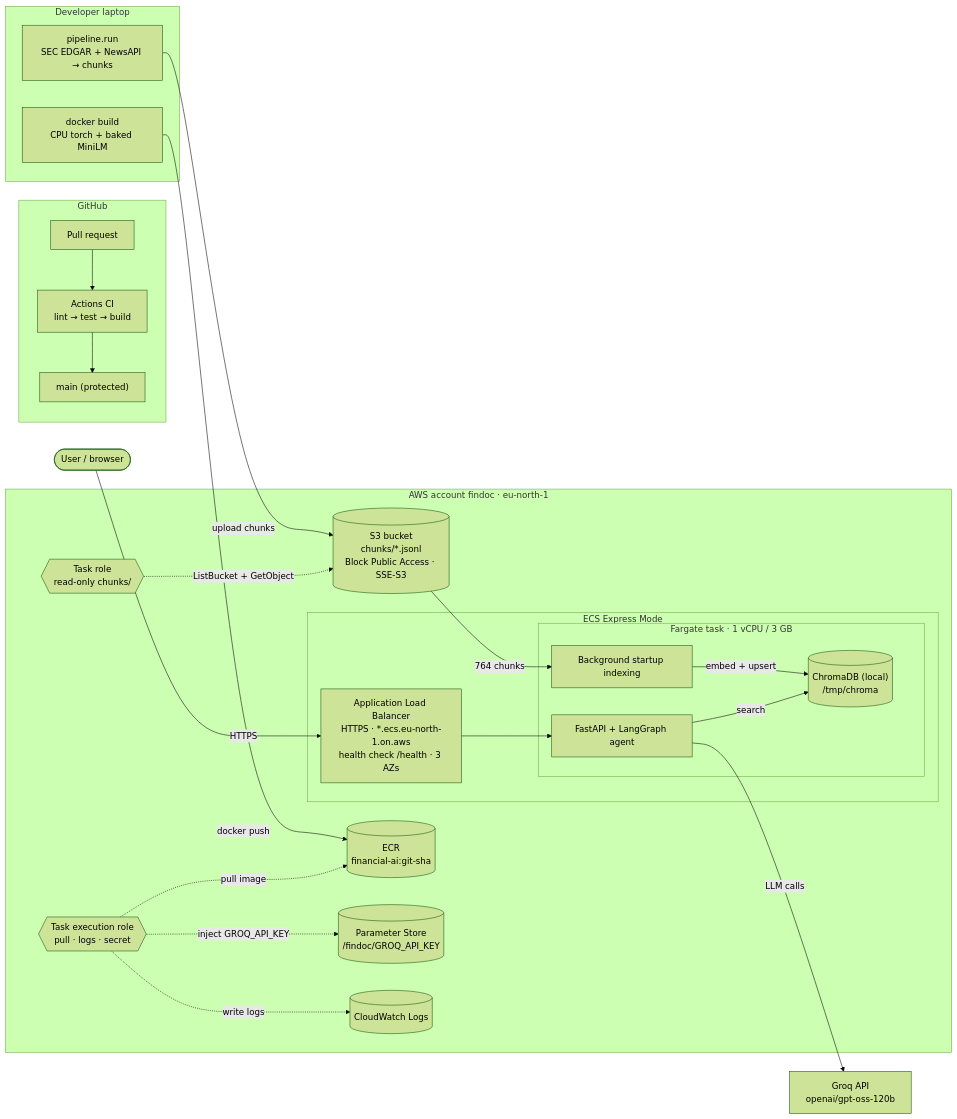
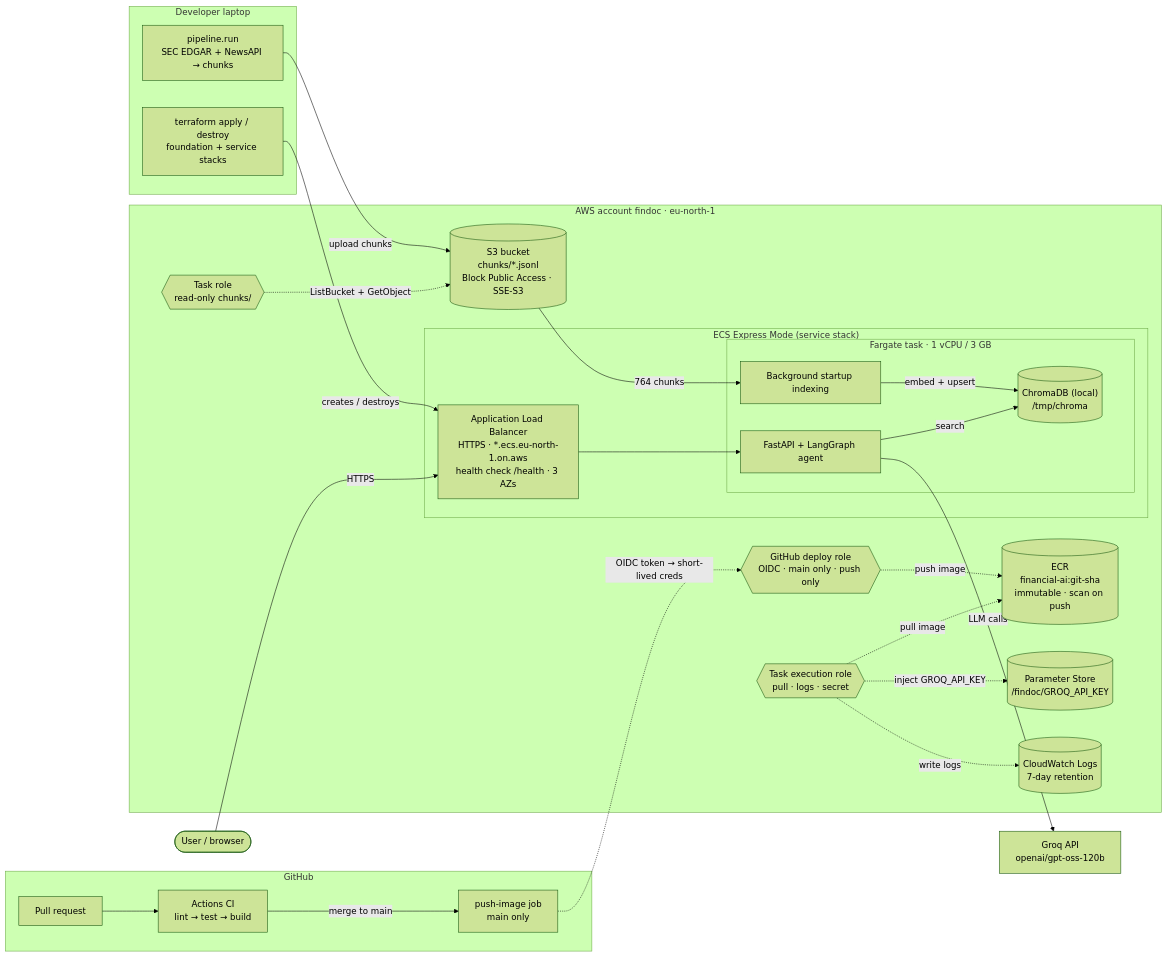
The first of 5 diagrams in README.md (arbaz-shaik/financial-doc-intelligence), drawn with Mermaid (forest theme) before and after one commit. The commit also changed other lines of this file and 2 other files, not shown here.

Commit message:
block 5.8: CD - OIDC image push to ECR on merge; Phase 5 README

````diff
--- a/README.md
+++ b/README.md
@@ -34,48 +36,51 @@
 ```mermaid
 flowchart LR
     user(["User / browser"])
     groq["Groq API<br/>openai/gpt-oss-120b"]
 
     subgraph dev["Developer laptop"]
         pipeline["pipeline.run<br/>SEC EDGAR + NewsAPI → chunks"]
-        docker["docker build<br/>CPU torch + baked MiniLM"]
+        tf["terraform apply / destroy<br/>foundation + service stacks"]
     end
 
     subgraph gh["GitHub"]
         pr["Pull request"]
         ci["Actions CI<br/>lint → test → build"]
-        main["main (protected)"]
+        push["push-image job<br/>main only"]
     end
 
     subgraph aws["AWS account findoc · eu-north-1"]
         s3[("S3 bucket<br/>chunks/*.jsonl<br/>Block Public Access · SSE-S3")]
-        ecr[("ECR<br/>financial-ai:git-sha")]
+        ecr[("ECR<br/>financial-ai:git-sha<br/>immutable · scan on push")]
         ssm[("Parameter Store<br/>/findoc/GROQ_API_KEY")]
-        logs[("CloudWatch Logs")]
+        logs[("CloudWatch Logs<br/>7-day retention")]
+        ghrole{{"GitHub deploy role<br/>OIDC · main only · push only"}}
         execrole{{"Task execution role<br/>pull · logs · secret"}}
         taskrole{{"Task role<br/>read-only chunks/"}}
 
-        subgraph ecs["ECS Express Mode"]
+        subgraph ecs["ECS Express Mode (service stack)"]
             alb["Application Load Balancer<br/>HTTPS · *.ecs.eu-north-1.on.aws<br/>health check /health · 3 AZs"]
             subgraph task["Fargate task · 1 vCPU / 3 GB"]
                 api["FastAPI + LangGraph agent"]
                 idx["Background startup indexing"]
                 chroma[("ChromaDB (local)<br/>/tmp/chroma")]
             end
         end
     end
 
     pipeline -->|"upload chunks"| s3
-    docker -->|"docker push"| ecr
-    pr --> ci --> main
+    pr --> ci -->|"merge to main"| push
+    push -.->|"OIDC token → short-lived creds"| ghrole
+    ghrole -.->|"push image"| ecr
+    tf -->|"creates / destroys"| alb
 
     user -->|"HTTPS"| alb --> api
     execrole -.->|"pull image"| ecr
     execrole -.->|"inject GROQ_API_KEY"| ssm
     execrole -.->|"write logs"| logs
     taskrole -.->|"ListBucket + GetObject"| s3
     s3 -->|"764 chunks"| idx
     idx -->|"embed + upsert"| chroma
     api -->|"search"| chroma
     api -->|"LLM calls"| groq
 ```
````
